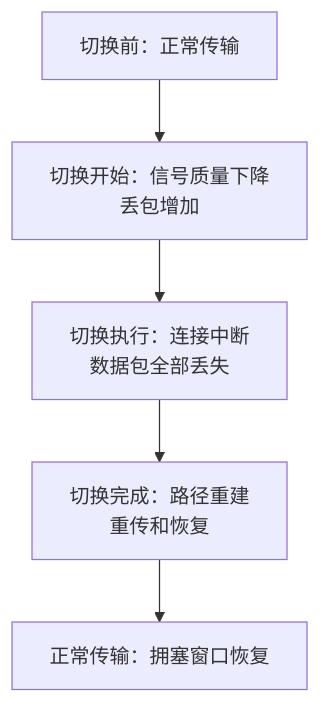
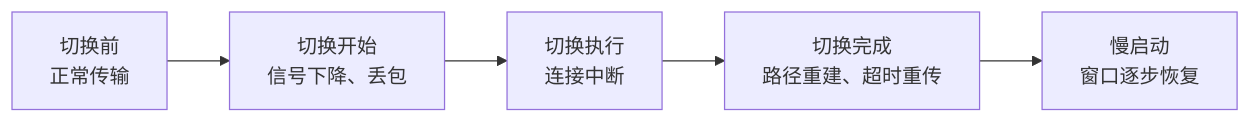
The second of 8 diagrams in 计算机网络/7.8无线网络：协议影响.md (Dtheme/CS-base), drawn with Mermaid before and after one commit. The commit also changed other lines of this file and 51 other files, not shown here.

````diff
--- a/计算机网络/7.8无线网络：协议影响.md
+++ b/计算机网络/7.8无线网络：协议影响.md
@@ -143,13 +135,7 @@
 ```mermaid
-graph TB
-    Normal1["切换前：正常传输"]
-    Start["切换开始：信号质量下降<br/>丢包增加"]
-    Execute["切换执行：连接中断<br/>数据包全部丢失"]
-    Complete["切换完成：路径重建<br/>重传和恢复"]
-    Normal2["正常传输：拥塞窗口恢复"]
-    
-    Normal1 --> Start
-    Start --> Execute
-    Execute --> Complete
-    Complete --> Normal2
+graph LR
+    Normal1["切换前<br/>正常传输"] --> Start["切换开始<br/>信号下降、丢包"]
+    Start --> Execute["切换执行<br/>连接中断"]
+    Execute --> Complete["切换完成<br/>路径重建、超时重传"]
+    Complete --> Normal2["慢启动<br/>窗口逐步恢复"]
 ```
````
